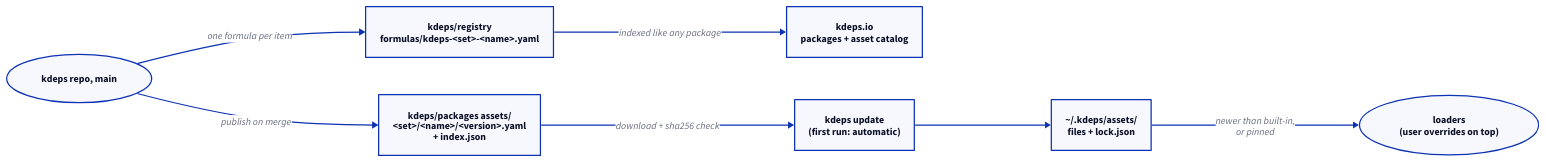
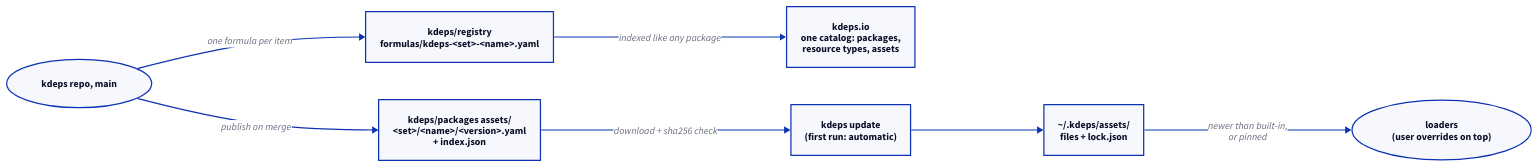
One commit to kdeps/kdeps changed the diagram in docs/v2/agent/repl-updating.md. Above: the diagram before and after it, drawn with D2. The commit also changed other lines of this file and 65 other files, not shown here.

````diff
--- a/docs/v2/agent/repl-updating.md
+++ b/docs/v2/agent/repl-updating.md
@@ -50,16 +51,16 @@
 ```d2
 direction: right
 main: "kdeps repo, main" {shape: oval}
 branch: "kdeps/packages assets/\n<set>/<name>/<version>.yaml\n+ index.json"
 formulas: "kdeps/registry\nformulas/kdeps-<set>-<name>.yaml"
-site: "kdeps.io\npackages + asset catalog"
+site: "kdeps.io\none catalog: packages,\nresource types, assets"
 update: "kdeps update\n(first run: automatic)"
 store: "~/.kdeps/assets/\nfiles + lock.json"
 loader: "loaders\n(user overrides on top)" {shape: oval}
 main -> branch: "publish on merge"
 main -> formulas: "one formula per item"
 formulas -> site: "indexed like any package"
 branch -> update: "download + sha256 check"
 update -> store
 store -> loader: "newer than built-in,\nor pinned"
 ```
````
